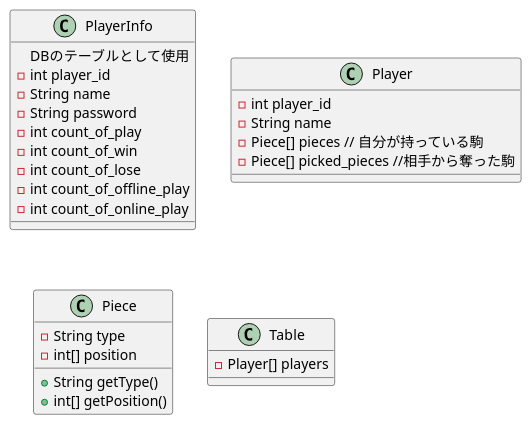
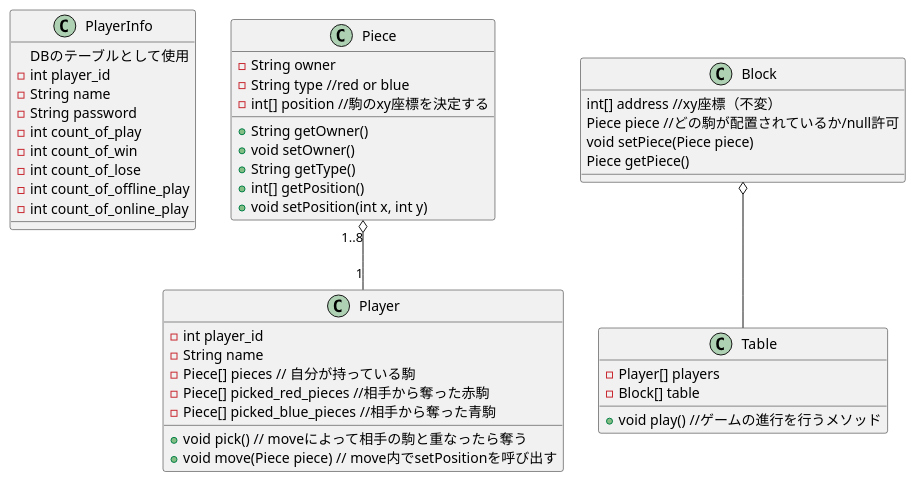
One commit to KoheiMatsuno99/BoardGameStudio changed the diagram in classDesign.plantuml. Above: the diagram before and after it, drawn with PlantUML.

Commit message:
added class,method,field

```diff
--- a/classDesign.plantuml
+++ b/classDesign.plantuml
@@ -1,33 +1,52 @@
 @startuml classDesign
 class PlayerInfo{
     DBのテーブルとして使用
     {field} - int player_id
     {field} - String name
     {field} - String password
     {field} - int count_of_play
     {field} - int count_of_win
     {field} - int count_of_lose
     {field} - int count_of_offline_play
     {field} - int count_of_online_play
 }
 
 class Player{
     {field} - int player_id
     {field} - String name
     {field} - Piece[] pieces // 自分が持っている駒
-    {field} - Piece[] picked_pieces //相手から奪った駒
+    {field} - Piece[] picked_red_pieces //相手から奪った赤駒
+    {field} - Piece[] picked_blue_pieces //相手から奪った青駒
+    {method} + void pick() // moveによって相手の駒と重なったら奪う
+    {method} + void move(Piece piece) // move内でsetPositionを呼び出す
 }
 
 class Piece{
-    {field} - String type
-    {field} - int[] position
+    {field} - String owner 
+    {field} - String type //red or blue
+    {field} - int[] position //駒のxy座標を決定する
+    {method} + String getOwner()
+    {method} + void setOwner()
     {method} + String getType()
     {method} + int[] getPosition()
+    {method} + void setPosition(int x, int y)
 }
 
 class Table{
     {field} - Player[] players
-
+    {field} - Block[] table
+    {method} + void play() //ゲームの進行を行うメソッド
 }
 
+class Block{
+    {field} int[] address //xy座標（不変）
+    {field} Piece piece //どの駒が配置されているか/null許可
+    {field} void setPiece(Piece piece)
+    {field} Piece getPiece()
+}
+
+Piece "1..8" o-- "1" Player
+Block o-- Table
+
+
 @enduml
```
